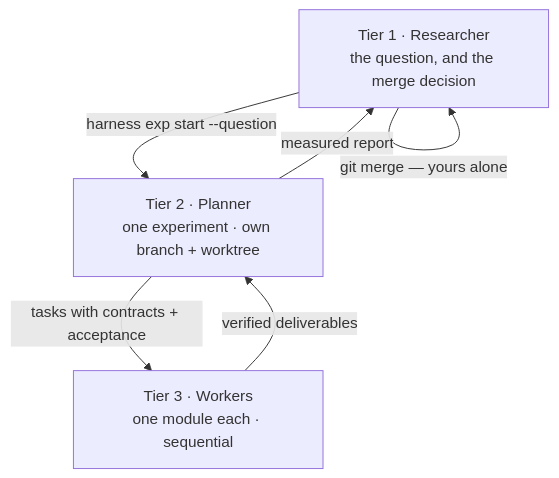
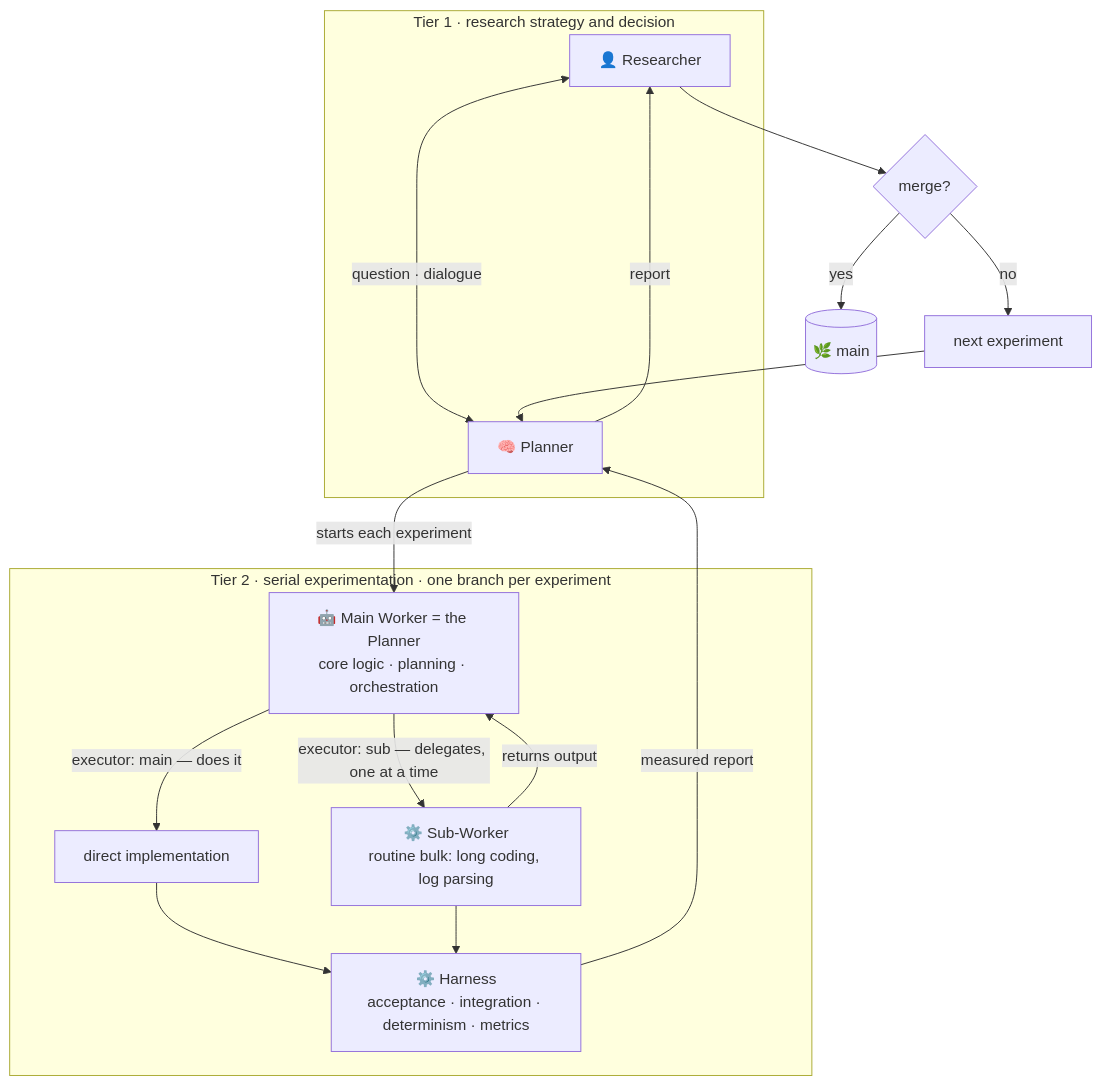
Before and after one commit to teasol/harness-template: the first of 3 diagrams in README.md, drawn with Mermaid. The commit also changed other lines of this file and 15 other files, not shown here.

First line of the commit message:
refactor: two tiers, and the Planner is the Main Worker

````diff
--- a/README.md
+++ b/README.md
@@ -277,11 +281,23 @@
 ```mermaid
 flowchart TD
-    R["Tier 1 · Researcher<br/>the question, and the merge decision"]
-    P["Tier 2 · Planner<br/>one experiment · own branch + worktree"]
-    W["Tier 3 · Workers<br/>one module each · sequential"]
-    R -->|"harness exp start --question"| P
-    P -->|"tasks with contracts + acceptance"| W
-    W -->|"verified deliverables"| P
-    P -->|"measured report"| R
-    R -->|"git merge — yours alone"| R
+    subgraph T1 ["Tier 1 · research strategy and decision"]
+        R["👤 Researcher"] <-->|"question · dialogue"| P["🧠 Planner"]
+    end
+
+    subgraph T2 ["Tier 2 · serial experimentation · one branch per experiment"]
+        M["🤖 Main Worker = the Planner<br/>core logic · planning · orchestration"]
+        M -->|"executor: main — does it"| D["direct implementation"]
+        M -->|"executor: sub — delegates, one at a time"| S["⚙️ Sub-Worker<br/>routine bulk: long coding, log parsing"]
+        S -->|"returns output"| M
+        H["⚙️ Harness<br/>acceptance · integration · determinism · metrics"]
+    end
+
+    P -->|"starts each experiment"| M
+    D & S --> H
+    H -->|"measured report"| P
+    P -->|"report"| R
+    R --> DEC{"merge?"}
+    DEC -->|yes| MAIN[("🌿 main")]
+    DEC -->|no| NEXT["next experiment"]
+    NEXT --> P
 ```
````
